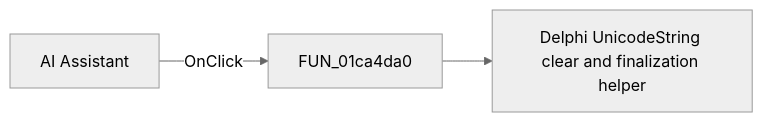
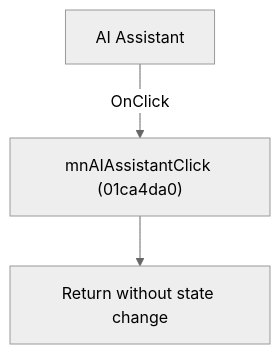
The diagram in docs/ui-controls/schematiceditor/mnaiassistant-f57b708f59.md (MovGP0/TIARA), drawn with Mermaid (neutral theme) before and after one commit. The commit also changed other lines of this file and 1062 other files, not shown here.

````diff
--- a/docs/ui-controls/schematiceditor/mnaiassistant-f57b708f59.md
+++ b/docs/ui-controls/schematiceditor/mnaiassistant-f57b708f59.md
@@ -27,5 +27,5 @@
 ```mermaid
-flowchart LR
-    control["AI Assistant"] -->|OnClick| handler["FUN_01ca4da0"]
-    handler --> call1["Delphi UnicodeString clear and finalization helper"]
+flowchart TD
+    control["AI Assistant"] -->|"OnClick"| handler["mnAIAssistantClick (01ca4da0)"]
+    handler --> return["Return without state change"]
 ```
````
